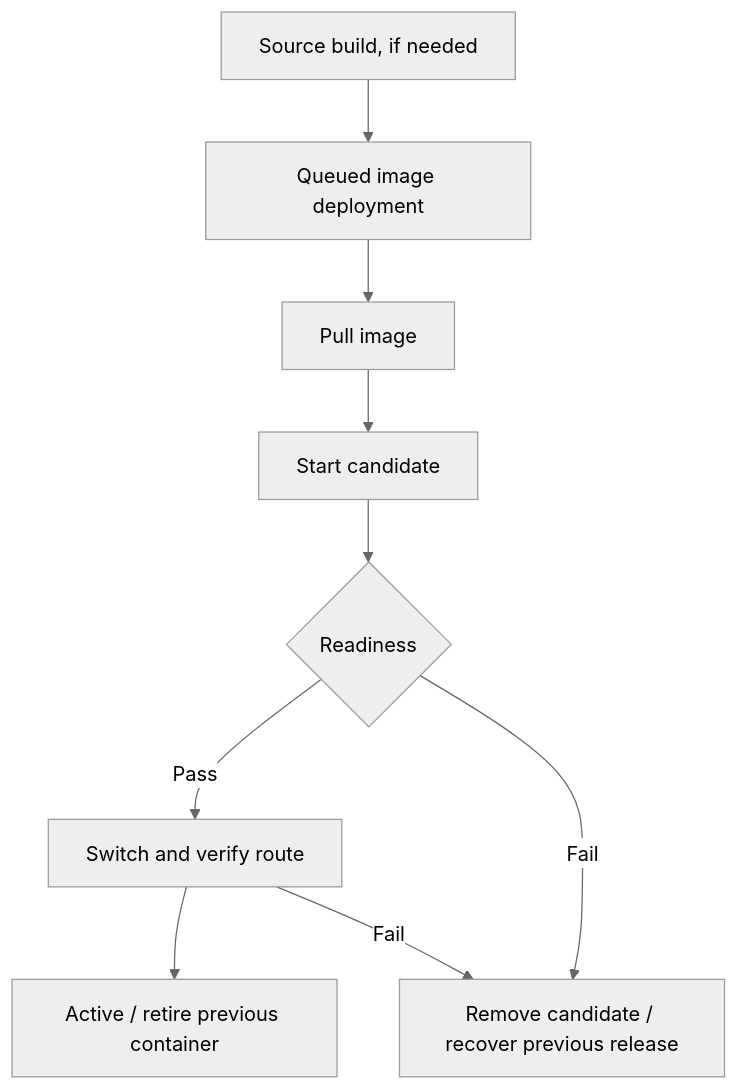
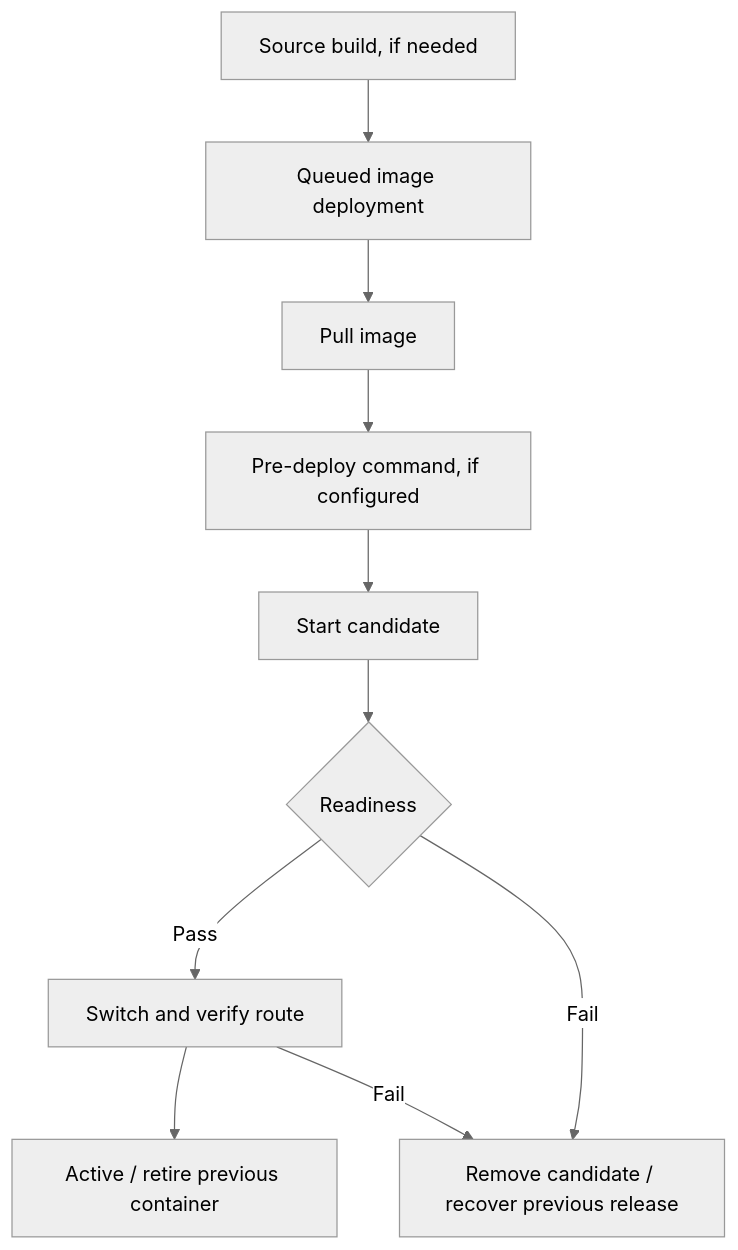
Before and after one commit to MinnKhantThuu/cloudrail: the diagram in docs/user-guide.md, drawn with Mermaid (neutral theme). The commit also changed other lines of this file and 5 other files, not shown here.

Commit message:
Complete compute flow documentation

````diff
--- a/docs/user-guide.md
+++ b/docs/user-guide.md
@@ -70,11 +78,12 @@
 ```mermaid
 flowchart TD
   Source[Source build, if needed] --> Queued[Queued image deployment]
   Queued --> Pull[Pull image]
-  Pull --> Start[Start candidate]
+  Pull --> Pre[Pre-deploy command, if configured]
+  Pre --> Start[Start candidate]
   Start --> Ready{Readiness}
   Ready -->|Pass| Route[Switch and verify route]
   Route --> Active[Active / retire previous container]
   Ready -->|Fail| Recover[Remove candidate / recover previous release]
   Route -->|Fail| Recover
 ```
````
